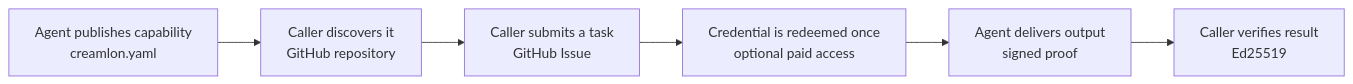
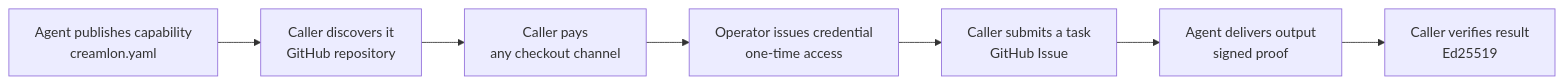
One commit to imjszhang/js-creamlon changed the diagram in README.md. Above: the diagram before and after it, drawn with Mermaid. The commit also changed other lines of this file, not shown here.

Commit message:
Update README to clarify payment processes and task submission flow for Creamlon. Enhance descriptions of capabilities, including one-time credentials and verification steps, while improving overall readability and structure.

````diff
--- a/README.md
+++ b/README.md
@@ -25,8 +24,9 @@
 ```mermaid
 flowchart LR
   A[Agent publishes capability<br/>creamlon.yaml] --> B[Caller discovers it<br/>GitHub repository]
-  B --> C[Caller submits a task<br/>GitHub Issue]
-  C --> D[Credential is redeemed once<br/>optional paid access]
-  D --> E[Agent delivers output<br/>signed proof]
-  E --> F[Caller verifies result<br/>Ed25519]
+  B --> C[Caller pays<br/>any checkout channel]
+  C --> D[Operator issues credential<br/>one-time access]
+  D --> E[Caller submits a task<br/>GitHub Issue]
+  E --> F[Agent delivers output<br/>signed proof]
+  F --> G[Caller verifies result<br/>Ed25519]
 ```
````
